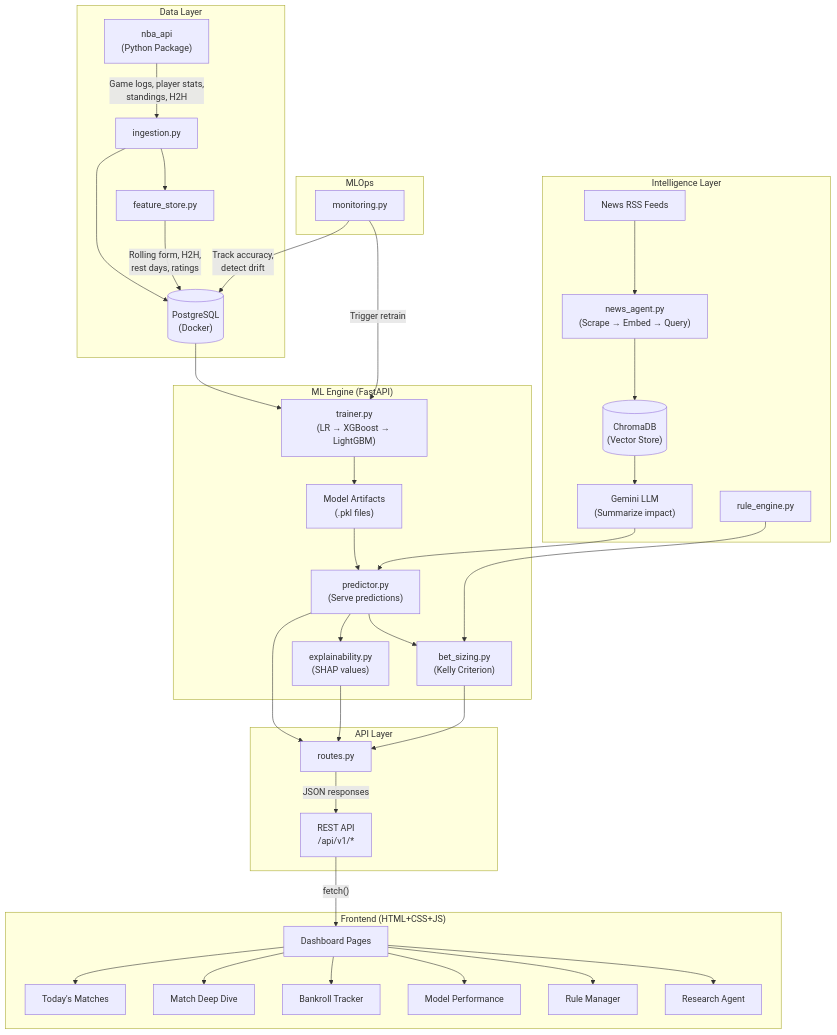
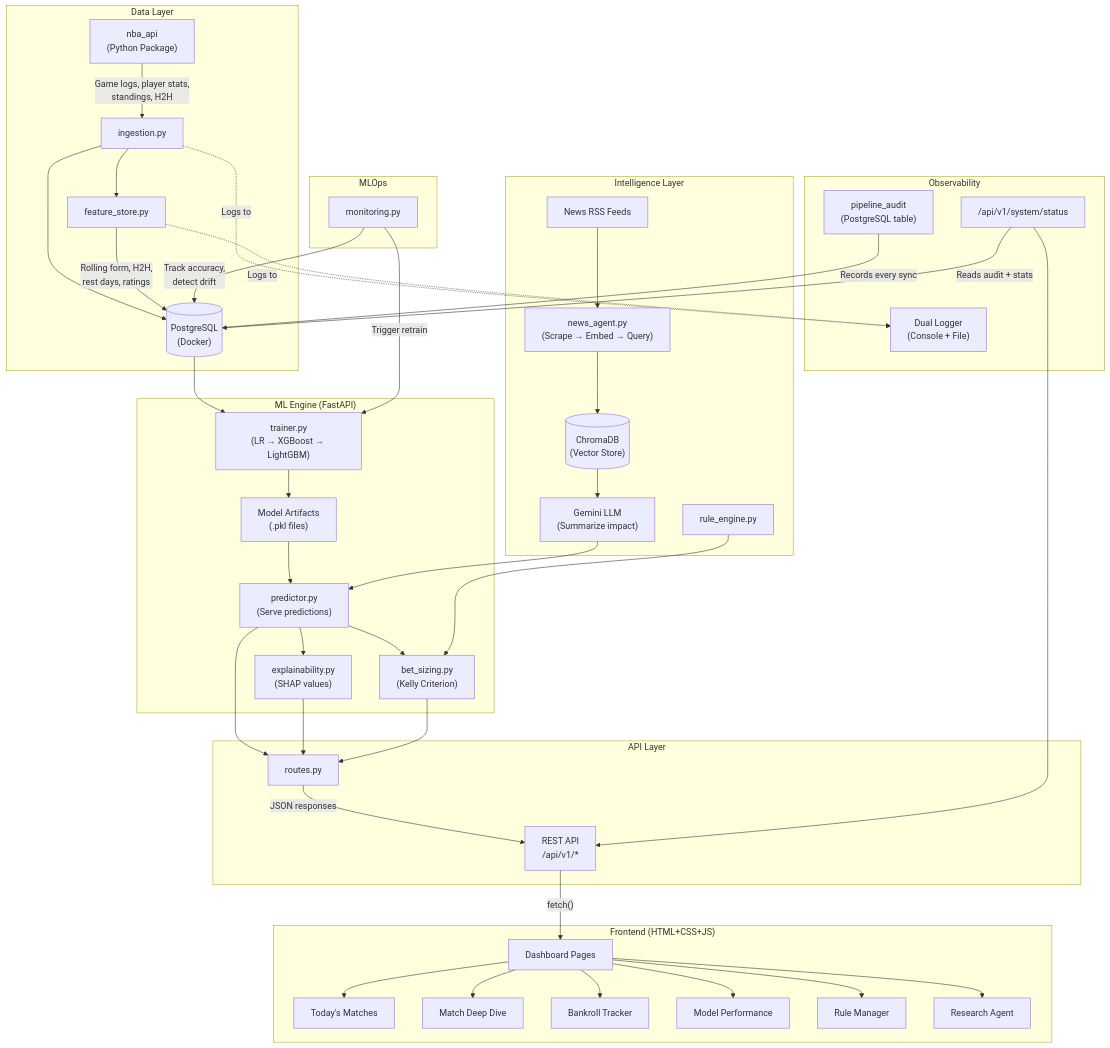
Before and after one commit to Honeybadger-139/sports-analytics-intelligence: the diagram in docs/architecture/system-design.md, drawn with Mermaid. The commit also changed 18 other files, not shown here.

````diff
--- a/docs/architecture/system-design.md
+++ b/docs/architecture/system-design.md
@@ -15,47 +15,55 @@
 ```mermaid
 graph TB
     subgraph "Data Layer"
         A["nba_api<br/>(Python Package)"] -->|"Game logs, player stats,<br/>standings, H2H"| B["ingestion.py"]
         B --> C[("PostgreSQL<br/>(Docker)")]
         B --> D["feature_store.py"]
         D -->|"Rolling form, H2H,<br/>rest days, ratings"| C
     end
 
     subgraph "ML Engine (FastAPI)"
         C --> E["trainer.py<br/>(LR → XGBoost → LightGBM)"]
         E --> F["Model Artifacts<br/>(.pkl files)"]
         F --> G["predictor.py<br/>(Serve predictions)"]
         G --> H["explainability.py<br/>(SHAP values)"]
         G --> I["bet_sizing.py<br/>(Kelly Criterion)"]
     end
 
     subgraph "Intelligence Layer"
         J["News RSS Feeds"] --> K["news_agent.py<br/>(Scrape → Embed → Query)"]
         K --> L[("ChromaDB<br/>(Vector Store)")]
         L --> M["Gemini LLM<br/>(Summarize impact)"]
         M --> G
         N["rule_engine.py"] --> I
     end
 
     subgraph "API Layer"
         G --> O["routes.py"]
         H --> O
         I --> O
         O -->|"JSON responses"| P["REST API<br/>/api/v1/*"]
     end
 
     subgraph "Frontend (HTML+CSS+JS)"
         P -->|"fetch()"| Q["Dashboard Pages"]
         Q --> R["Today's Matches"]
         Q --> S["Match Deep Dive"]
         Q --> T["Bankroll Tracker"]
         Q --> U["Model Performance"]
         Q --> V["Rule Manager"]
         Q --> W["Research Agent"]
     end
 
     subgraph "MLOps"
         X["monitoring.py"] -->|"Track accuracy,<br/>detect drift"| C
         X -->|"Trigger retrain"| E
     end
+
+    subgraph "Observability"
+        Y["pipeline_audit<br/>(PostgreSQL table)"] ---|"Records every sync"| C
+        B -.->|"Logs to"| Z["Dual Logger<br/>(Console + File)"]
+        D -.->|"Logs to"| Z
+        AA["/api/v1/system/status"] -->|"Reads audit + stats"| C
+        AA --> P
+    end
 ```
````
